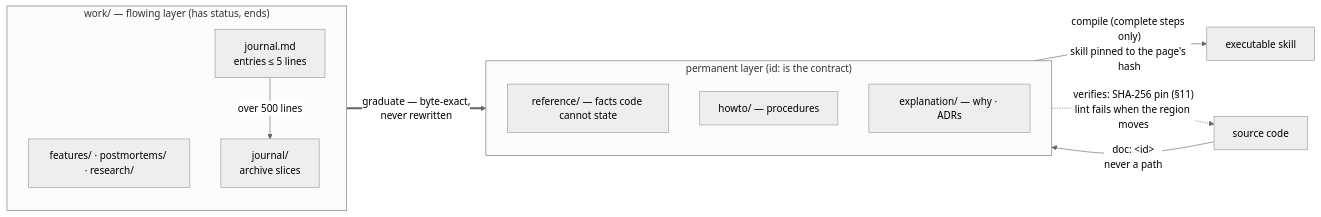
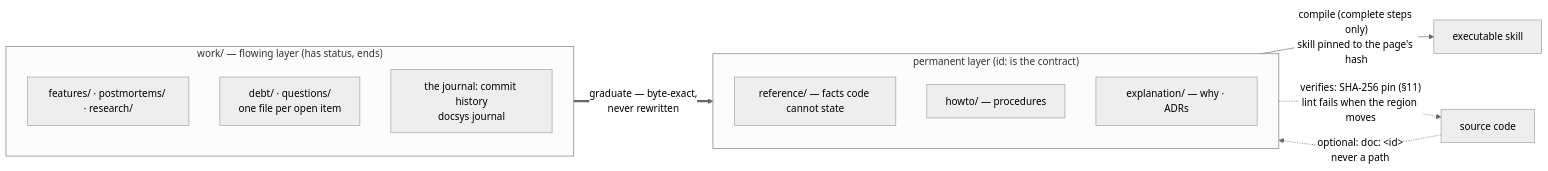
Before and after one commit to FatihErtugral/docsys: the first of 7 diagrams in README.md, drawn with Mermaid (neutral theme). The commit also changed other lines of this file and 43 other files, not shown here.

Commit message:
the journal is history: docsys journal reads it, journal add prints the message, a commit-msg gate holds require, and upgrade freezes the old journal (D-125)

````diff
--- a/README.md
+++ b/README.md
@@ -31,24 +31,24 @@
 ```mermaid
 flowchart LR
     subgraph WORK["work/ — flowing layer (has status, ends)"]
         direction TB
         F["features/ · postmortems/ · research/"]
-        J["journal.md<br/>entries ≤ 5 lines"]
-        J -->|"over 500 lines"| S["journal/<br/>archive slices"]
+        J["debt/ · questions/<br/>one file per open item"]
+        H["the journal: commit history<br/>docsys journal"]
     end
 
     subgraph PERM["permanent layer (id: is the contract)"]
         direction TB
         REF["reference/ — facts code cannot state"]
         HOW["howto/ — procedures"]
         EXP["explanation/ — why · ADRs"]
     end
 
     CODE["source code"]
     SKILL["executable skill"]
 
     F ==>|"graduate — byte-exact,<br/>never rewritten"| PERM
-    CODE -->|"doc: &lt;id&gt;<br/>never a path"| PERM
+    CODE -.->|"optional: doc: &lt;id&gt;<br/>never a path"| PERM
     PERM -.->|"verifies: SHA-256 pin (§11)<br/>lint fails when the region moves"| CODE
     HOW -->|"compile (complete steps only)<br/>skill pinned to the page's hash"| SKILL
 ```
````
